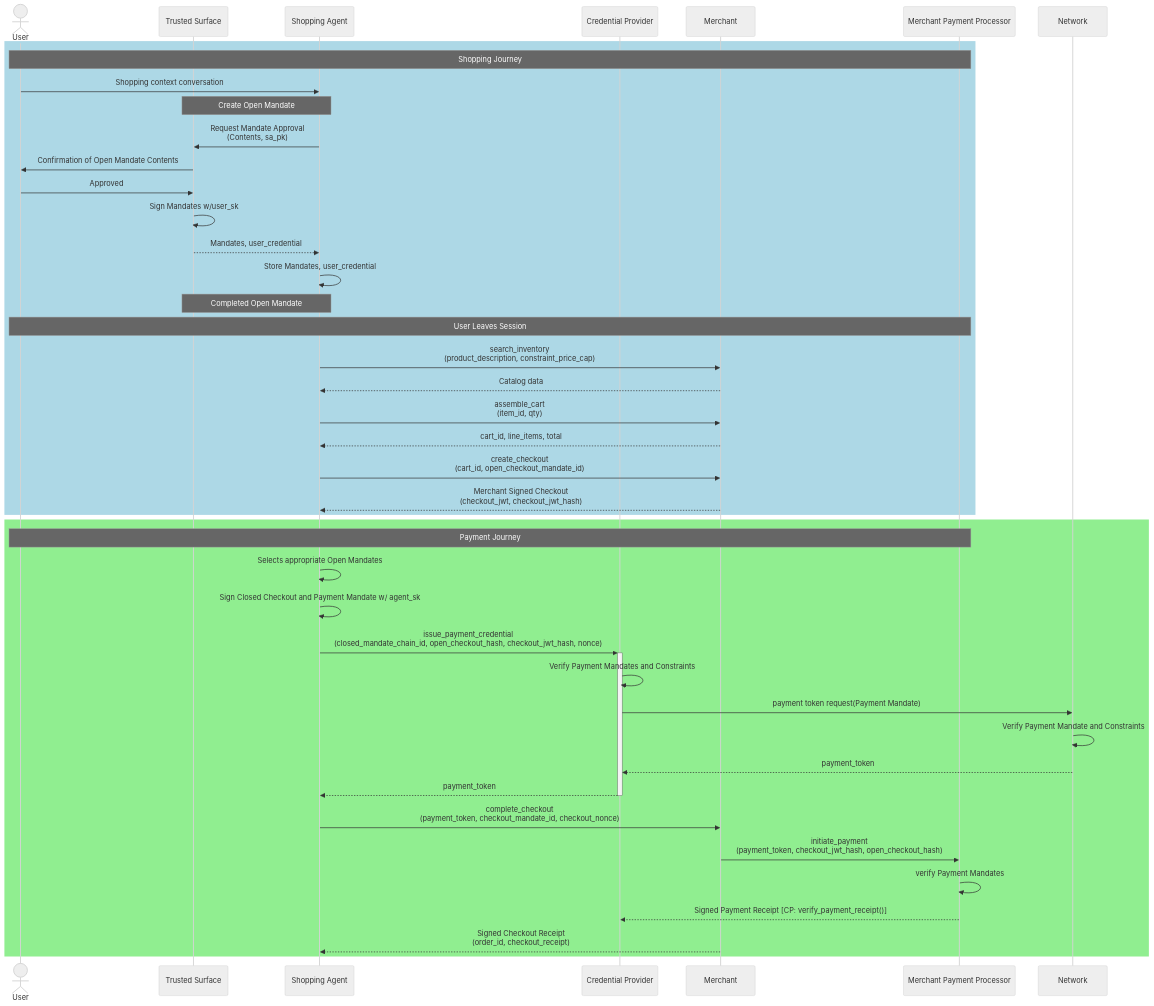
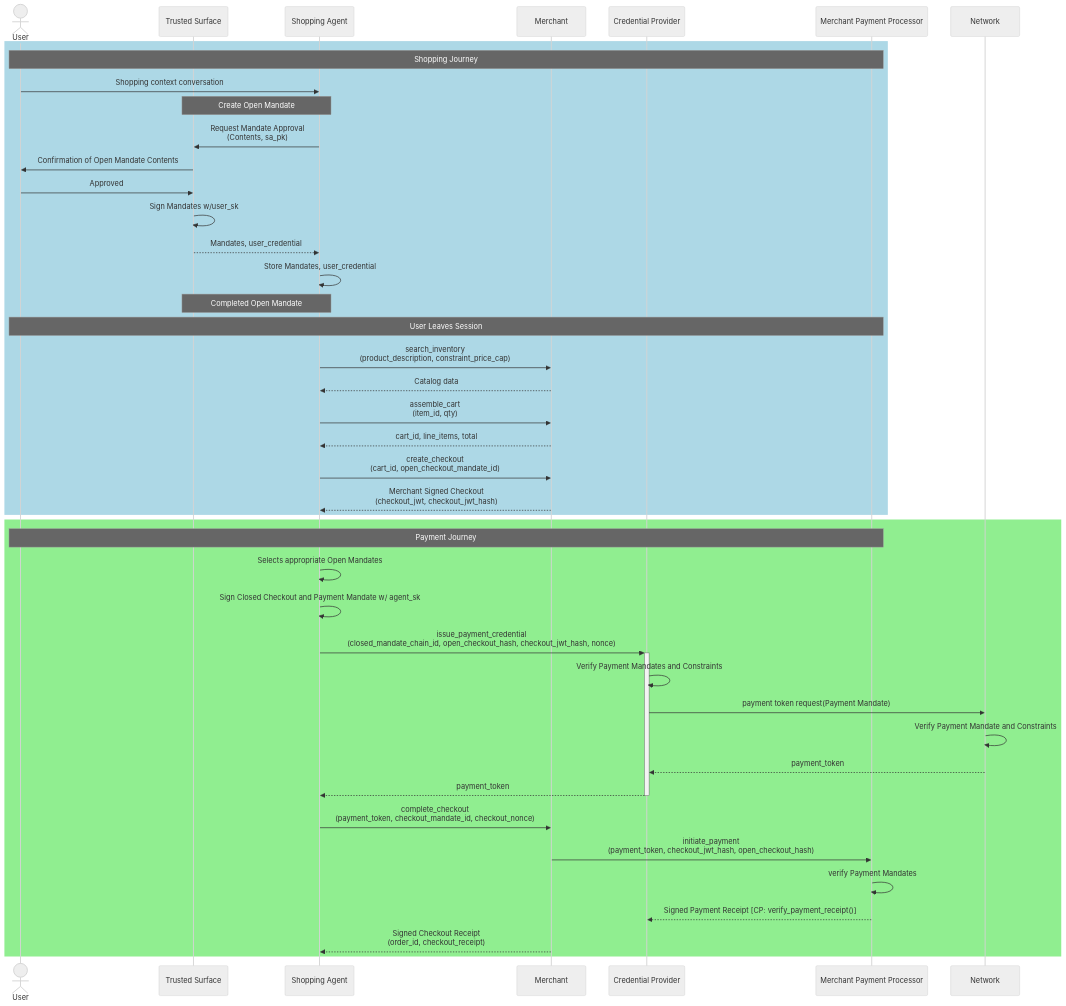
The second of 2 diagrams in insights/003-ap2-research/sequence_diagram.md (atakedemo/agent-commerce-research), drawn with Mermaid (neutral theme) before and after one commit. The commit also changed other lines of this file, not shown here.

Commit message:
シーケンス図を微妙に修正

````diff
--- a/insights/003-ap2-research/sequence_diagram.md
+++ b/insights/003-ap2-research/sequence_diagram.md
@@ -60,47 +60,47 @@
 ```mermaid
 sequenceDiagram
     actor User
     participant TS as Trusted Surface
     participant SA as Shopping Agent
+    participant MA as Merchant
     participant CP as Credential Provider
-    participant MA as Merchant
     participant MPP as Merchant Payment Processor
     participant NW as Network
 
     rect rgb(173, 216, 230)
         Note over User,MPP: Shopping Journey
         User->>SA: Shopping context conversation
         Note over SA,TS: Create Open Mandate
         SA->>TS: Request Mandate Approval<br>(Contents, sa_pk)
         TS->>User: Confirmation of Open Mandate Contents
         User->>TS: Approved
         TS->>TS: Sign Mandates w/user_sk
         TS-->>SA: Mandates, user_credential
         SA->>SA: Store Mandates, user_credential
         Note over SA,TS: Completed Open Mandate
         Note over User,MPP: User Leaves Session
         SA->>MA: search_inventory<br>(product_description, constraint_price_cap)
         MA-->>SA: Catalog data
         SA->>MA: assemble_cart<br>(item_id, qty)
         MA-->>SA: cart_id, line_items, total
         SA->>MA: create_checkout<br>(cart_id, open_checkout_mandate_id)
         MA-->>SA: Merchant Signed Checkout<br>(checkout_jwt, checkout_jwt_hash)
     end
 
     rect rgb(144, 238, 144)
         Note over User,MPP: Payment Journey
         SA->>SA: Selects appropriate Open Mandates
         SA->>SA: Sign Closed Checkout and Payment Mandate w/ agent_sk
         SA->>+CP: issue_payment_credential<br>(closed_mandate_chain_id, open_checkout_hash, checkout_jwt_hash, nonce)
         CP->>CP: Verify Payment Mandates and Constraints
         CP->>NW: payment token request(Payment Mandate)
         NW->>NW: Verify Payment Mandate and Constraints
         NW-->>CP: payment_token
         CP-->>-SA: payment_token
         SA->>MA: complete_checkout<br>(payment_token, checkout_mandate_id, checkout_nonce)
         MA->>MPP: initiate_payment<br>(payment_token, checkout_jwt_hash, open_checkout_hash)
         MPP->>MPP: verify Payment Mandates
         MPP-->>CP: Signed Payment Receipt [CP: verify_payment_receipt()]
         MA-->>SA: Signed Checkout Receipt<br>(order_id, checkout_receipt)
     end
 ```
````
